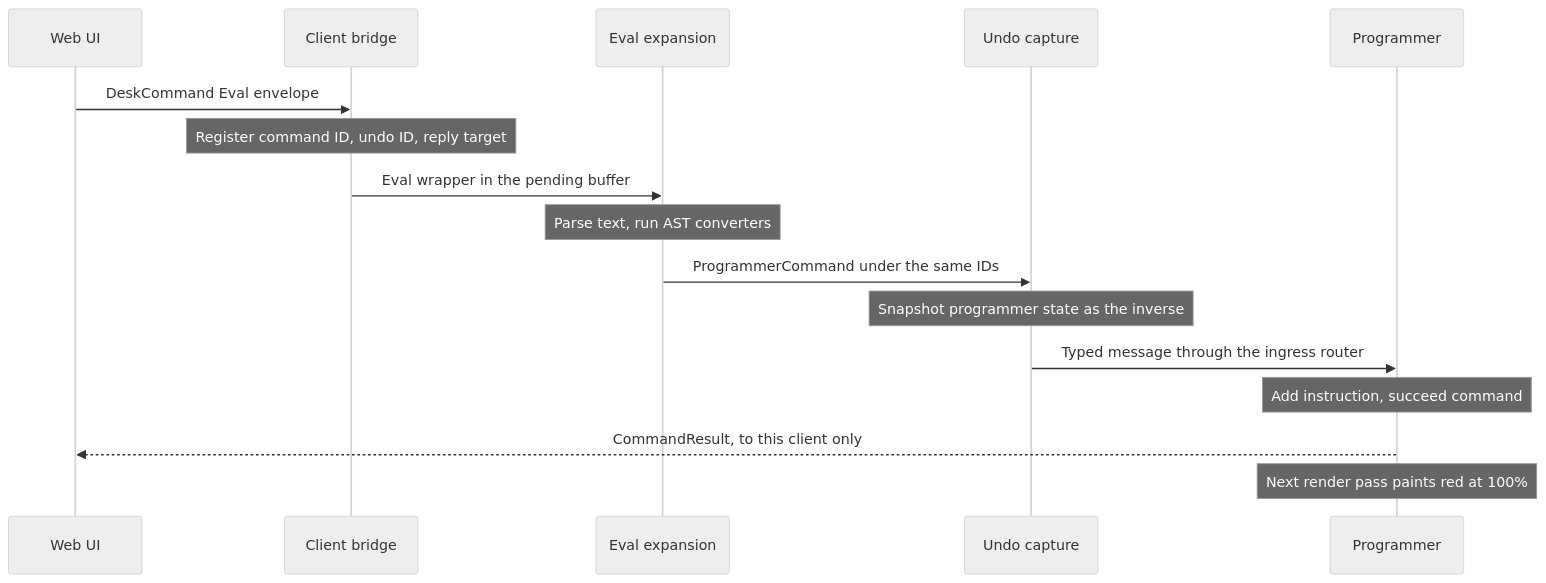
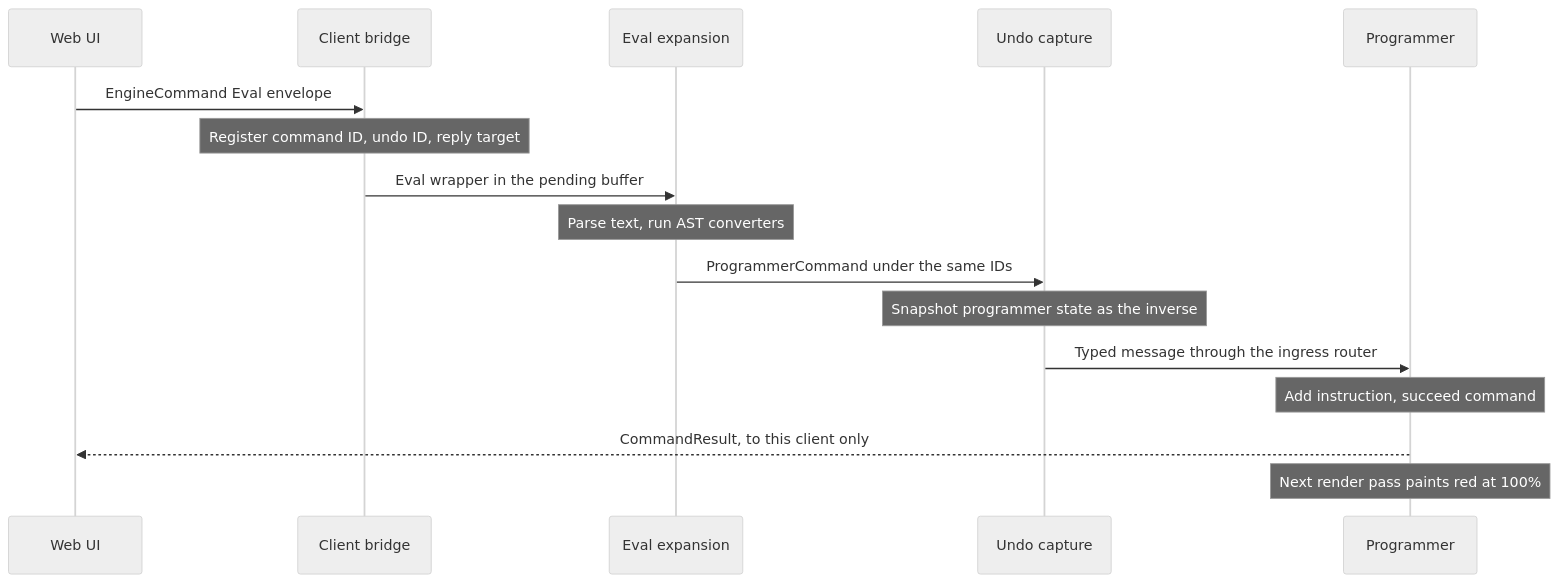
One commit to stewartadam/nightfall-lightdesk changed the second of 2 diagrams in docs/internal/src/engine/command-path.md. Above: the diagram before and after it, drawn with Mermaid (neutral theme). The commit also changed other lines of this file and 99 other files, not shown here.

First line of the commit message:
refactor(engine:desk): move desk commands and command words to their owners

````diff
--- a/docs/internal/src/engine/command-path.md
+++ b/docs/internal/src/engine/command-path.md
@@ -32,20 +32,20 @@
 ```mermaid
 sequenceDiagram
   accTitle: Sequence of a typed command
   accDescr: The web UI sends an Eval command envelope. The client bridge registers the command and queues the Eval wrapper. Eval expansion parses it into a programmer command, undo capture snapshots the programmer, and the ingress router delivers a typed message to the programmer handler, which adds the instruction and succeeds. The result goes back to the client, and the next render pass paints the new programmer layer.
   participant UI as Web UI
   participant Bridge as Client bridge
   participant Expand as Eval expansion
   participant Undo as Undo capture
   participant Prog as Programmer
-  UI->>Bridge: DeskCommand Eval envelope
+  UI->>Bridge: EngineCommand Eval envelope
   Note over Bridge: Register command ID, undo ID, reply target
   Bridge->>Expand: Eval wrapper in the pending buffer
   Note over Expand: Parse text, run AST converters
   Expand->>Undo: ProgrammerCommand under the same IDs
   Note over Undo: Snapshot programmer state as the inverse
   Undo->>Prog: Typed message through the ingress router
   Note over Prog: Add instruction, succeed command
   Prog-->>UI: CommandResult, to this client only
   Note over Prog: Next render pass paints red at 100%
 ```
````
